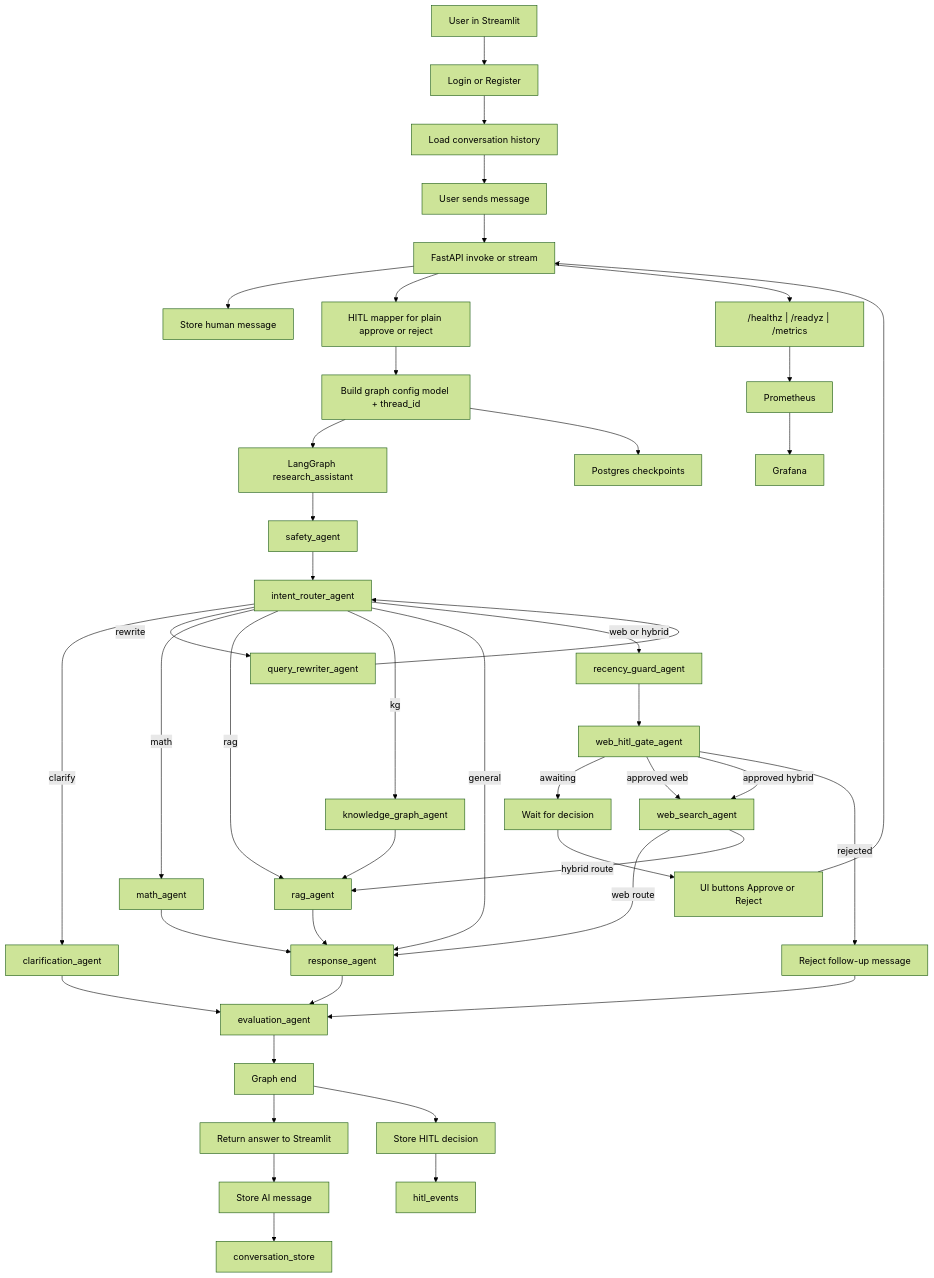
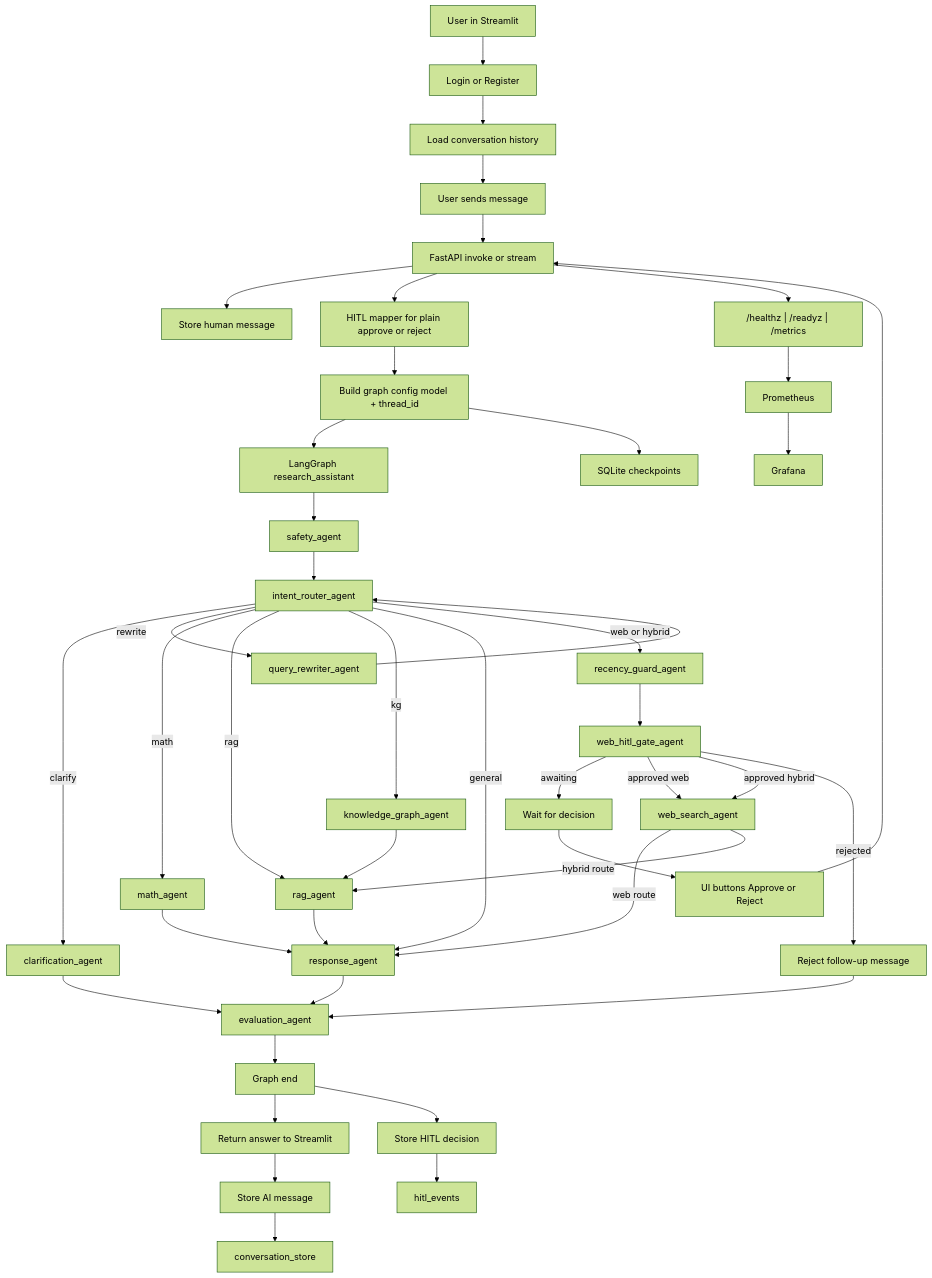
The diagram in docs/architecture/agent_runtime_flow.md (himanshukumaaar/multi-agent-framework), drawn with Mermaid (forest theme) before and after one commit. The commit also changed 10 other files, not shown here.

````diff
--- a/docs/architecture/agent_runtime_flow.md
+++ b/docs/architecture/agent_runtime_flow.md
@@ -10,61 +10,61 @@
 ```mermaid
 flowchart TD
     U[User in Streamlit] --> AUTH[Login or Register]
     AUTH --> HIST[Load conversation history]
     HIST --> Q[User sends message]
     Q --> API[FastAPI invoke or stream]
 
     API --> STOREH[Store human message]
     API --> HMAP[HITL mapper for plain approve or reject]
     HMAP --> CFG[Build graph config model + thread_id]
     CFG --> LG[LangGraph research_assistant]
-    CFG --> CHK[Postgres checkpoints]
+    CFG --> CHK[SQLite checkpoints]
 
     LG --> SA[safety_agent]
     SA --> IR[intent_router_agent]
 
     IR -->|clarify| CA[clarification_agent]
     CA --> EVA[evaluation_agent]
 
     IR -->|rewrite| QR[query_rewriter_agent]
     QR --> IR
 
     IR -->|math| MA[math_agent]
     MA --> RESP[response_agent]
 
     IR -->|rag| RA[rag_agent]
     RA --> RESP
 
     IR -->|kg| KG[knowledge_graph_agent]
     KG --> RA
 
     IR -->|general| RESP
 
     IR -->|web or hybrid| RG[recency_guard_agent]
     RG --> WH[web_hitl_gate_agent]
 
     WH -->|awaiting| WAIT[Wait for decision]
     WAIT --> BTN[UI buttons Approve or Reject]
     BTN --> API
 
     WH -->|approved web| WS[web_search_agent]
     WS -->|web route| RESP
 
     WH -->|approved hybrid| WS
     WS -->|hybrid route| RA
 
     WH -->|rejected| REJ[Reject follow-up message]
     REJ --> EVA
 
     RESP --> EVA
     EVA --> END[Graph end]
     END --> APIRESP[Return answer to Streamlit]
     APIRESP --> STOREA[Store AI message]
     STOREA --> CST[conversation_store]
     END --> HITLDB[Store HITL decision]
     HITLDB --> HITL[hitl_events]
 
     API --> METRICS["/healthz | /readyz | /metrics"]
     METRICS --> PROM[Prometheus]
     PROM --> GRAF[Grafana]
 ```
````
